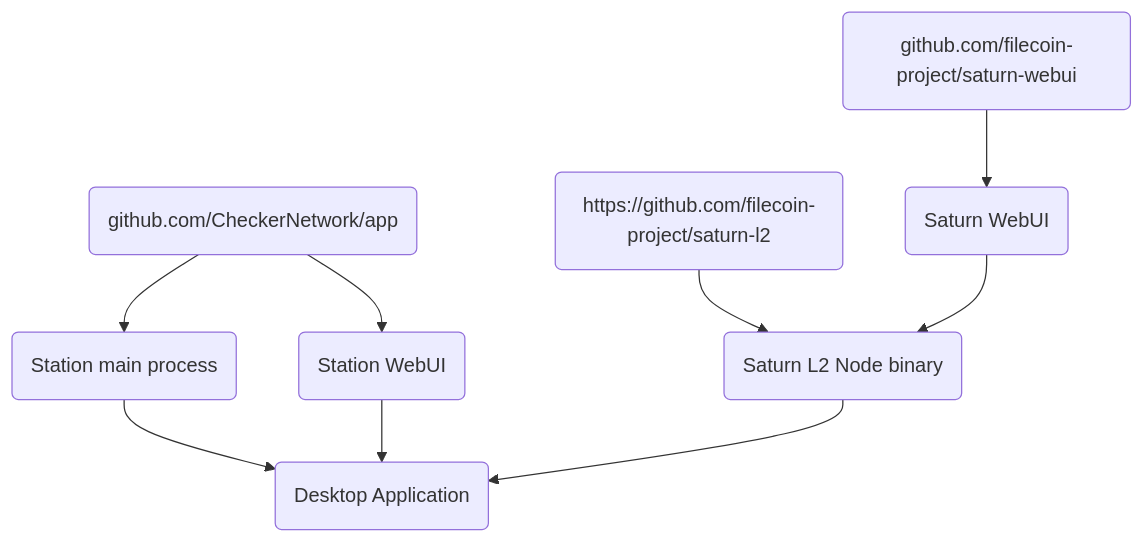
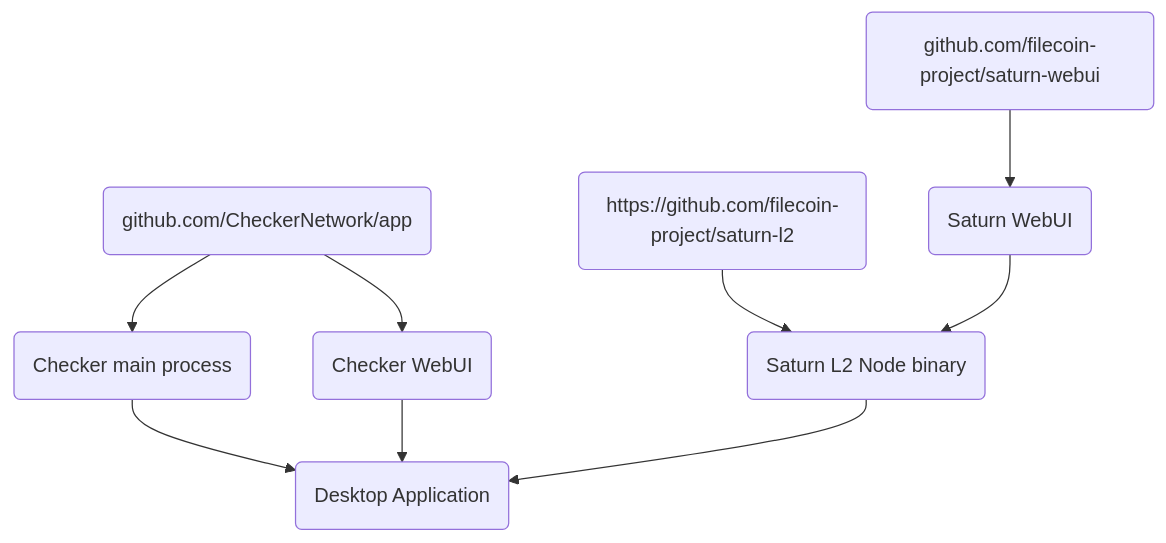
Before and after one commit to filecoin-station/desktop: the diagram in docs/DEVELOPING.md, drawn with Mermaid. The commit also changed 29 other files, not shown here.

Commit message:
station -> checker (wip)

````diff
--- a/docs/DEVELOPING.md
+++ b/docs/DEVELOPING.md
@@ -7,16 +7,16 @@
 ```mermaid
 graph
-  fil-stat-repo(github.com/CheckerNetwork/app) --> fil-stat-main(Station main process)
-  fil-stat-repo --> fil-stat-webui(Station WebUI)
+  fil-stat-repo(github.com/CheckerNetwork/app) --> fil-stat-main(Checker main process)
+  fil-stat-repo --> fil-stat-webui(Checker WebUI)
 
   saturn-l2-repo(https://github.com/filecoin-project/saturn-l2)
   --> saturn-l2-go(Saturn L2 Node binary)
 
   saturn-webui-repo(github.com/filecoin-project/saturn-webui)
   --> saturn-webui(Saturn WebUI)
   saturn-webui --> saturn-l2-go
 
   fil-stat-main --> fil-stat-distro(Desktop Application)
   fil-stat-webui --> fil-stat-distro
   saturn-l2-go --> fil-stat-distro
 ```
````
